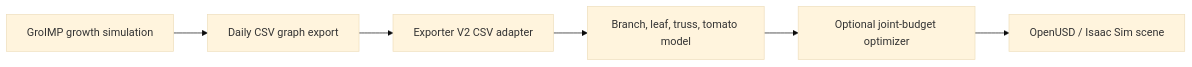
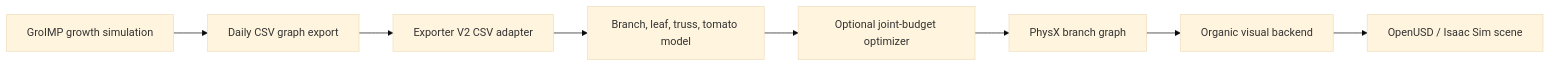
The diagram in README.md (aledevv/autotom_digital_twin), drawn with Mermaid (base theme) before and after one commit. The commit also changed other lines of this file and 37 other files, not shown here.

````diff
--- a/README.md
+++ b/README.md
@@ -40,8 +41,10 @@
 ```mermaid
 graph LR
     A[GroIMP growth simulation] --> B[Daily CSV graph export]
     B --> C[Exporter V2 CSV adapter]
     C --> D[Branch, leaf, truss, tomato model]
     D --> E[Optional joint-budget optimizer]
-    E --> F[OpenUSD / Isaac Sim scene]
+    E --> F[PhysX branch graph]
+    F --> G[Organic visual backend]
+    G --> H[OpenUSD / Isaac Sim scene]
 ```
````
